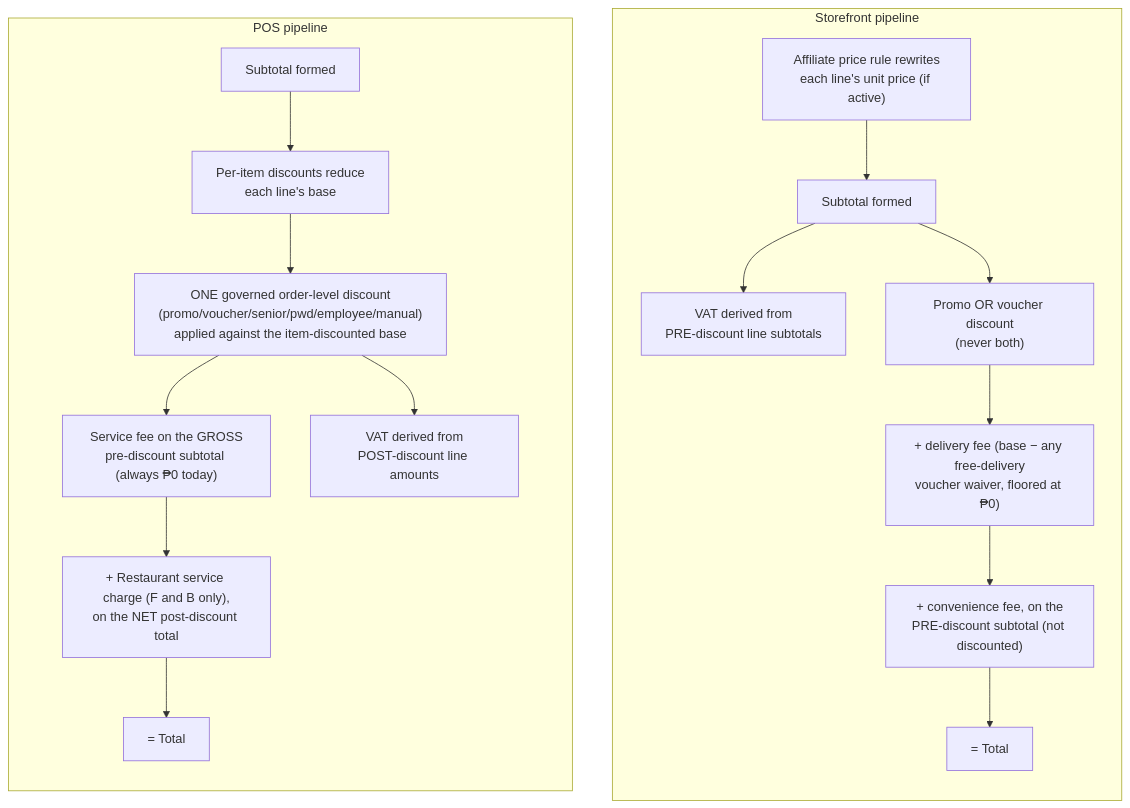
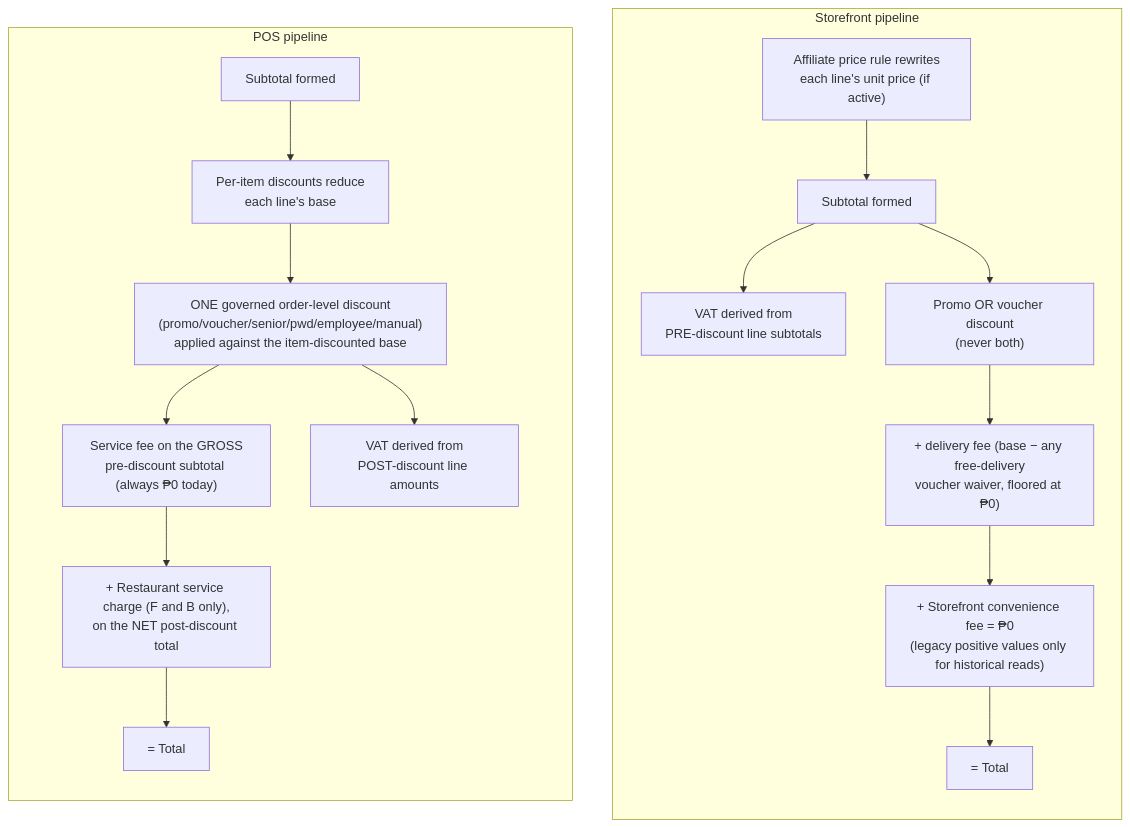
Before and after one commit to joshh-25/POS-DGFY: the fourth of 4 diagrams in docs/features/FUNDING_AND_DISCOUNT_STACKING.md, drawn with Mermaid. The commit also changed other lines of this file and 27 other files, not shown here.

````diff
--- a/docs/features/FUNDING_AND_DISCOUNT_STACKING.md
+++ b/docs/features/FUNDING_AND_DISCOUNT_STACKING.md
@@ -483,22 +479,22 @@
 ```mermaid
 flowchart TD
     subgraph SF["Storefront pipeline"]
         direction TB
         SF1["Affiliate price rule rewrites<br/>each line's unit price (if active)"] --> SF2["Subtotal formed"]
         SF2 --> SF3["VAT derived from<br/>PRE-discount line subtotals"]
         SF2 --> SF4["Promo OR voucher discount<br/>(never both)"]
         SF4 --> SF5["+ delivery fee (base − any free-delivery<br/>voucher waiver, floored at ₱0)"]
-        SF5 --> SF6["+ convenience fee, on the<br/>PRE-discount subtotal (not discounted)"]
+        SF5 --> SF6["+ Storefront convenience fee = ₱0<br/>(legacy positive values only for historical reads)"]
         SF6 --> SF7["= Total"]
     end
 
     subgraph POS["POS pipeline"]
         direction TB
         P1["Subtotal formed"] --> P2["Per-item discounts reduce<br/>each line's base"]
         P2 --> P3["ONE governed order-level discount<br/>(promo/voucher/senior/pwd/employee/manual)<br/>applied against the item-discounted base"]
         P3 --> P4["Service fee on the GROSS<br/>pre-discount subtotal (always ₱0 today)"]
         P4 --> P5["+ Restaurant service charge (F and B only),<br/>on the NET post-discount total"]
         P5 --> P6["= Total"]
         P3 --> P7["VAT derived from<br/>POST-discount line amounts"]
     end
 ```
````
